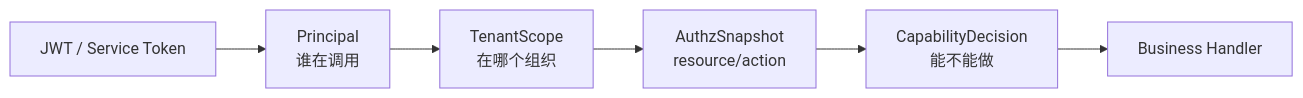
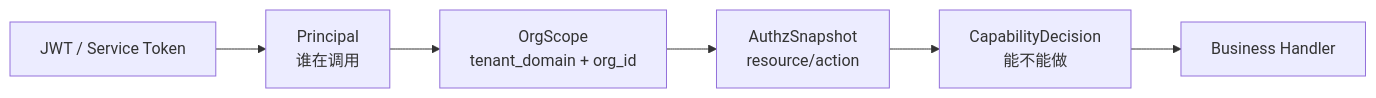
The eighth of 8 diagrams in docs/06-宣讲/09-30分钟技术分享脚本.md (FangcunMount/qs-server), drawn with Mermaid before and after one commit. The commit also changed other lines of this file and 30 other files, not shown here.

Commit message:
doc  security 文档语义迁移，将 组合、组织模型统一为 TenantDomain + OrgID / OrgScope 模型，清理运行时、接口运维、专题分析、宣讲文档里的旧 TenantScope、旧 middleware、numeric org 等残留说法。

````diff
--- a/docs/06-宣讲/09-30分钟技术分享脚本.md
+++ b/docs/06-宣讲/09-30分钟技术分享脚本.md
@@ -556,11 +556,11 @@
 ```mermaid
 flowchart LR
     Token["JWT / Service Token"]
     Principal["Principal<br/>谁在调用"]
-    Tenant["TenantScope<br/>在哪个组织"]
+    Tenant["OrgScope<br/>tenant_domain + org_id"]
     Snapshot["AuthzSnapshot<br/>resource/action"]
     Decision["CapabilityDecision<br/>能不能做"]
     Handler["Business Handler"]
 
     Token --> Principal --> Tenant --> Snapshot --> Decision --> Handler
 ```
````
